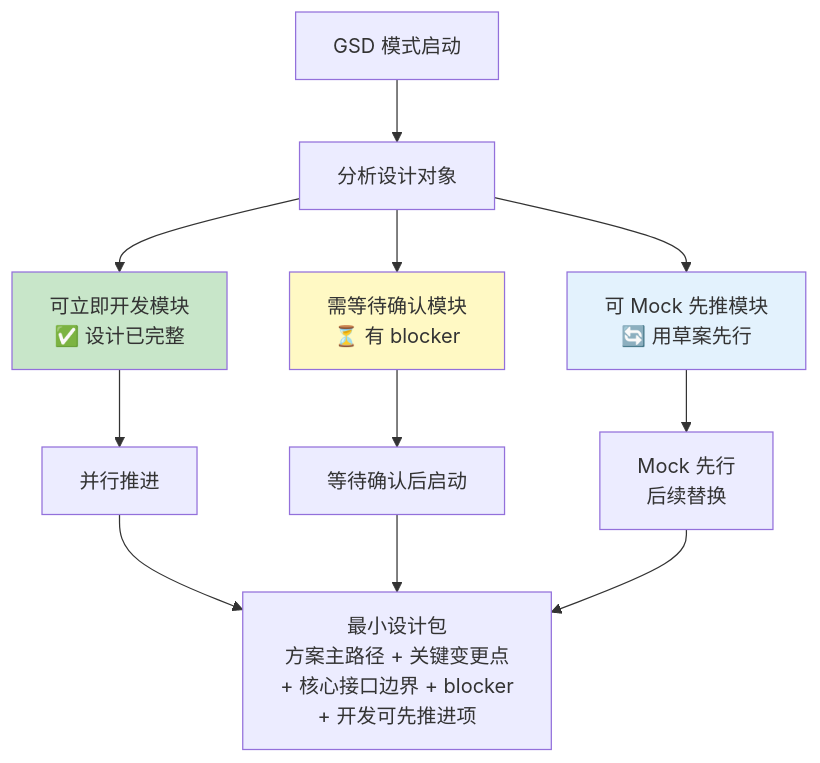
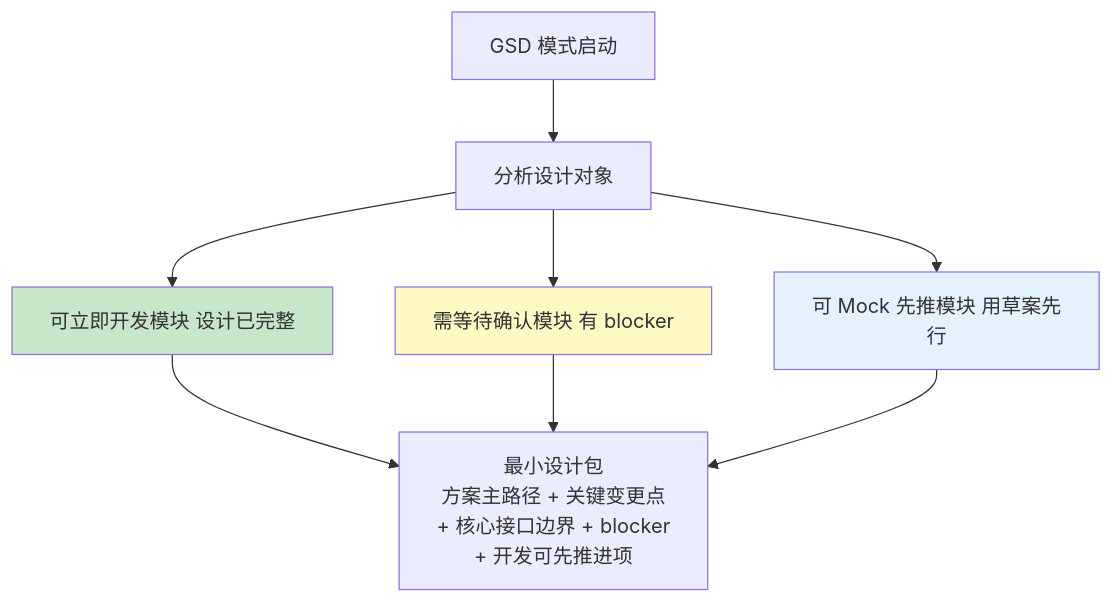
Before and after one commit to mes-openai/mes-ai-dev: the fifth of 5 diagrams in mes-ai-dev/workspace/training/03-phase-design-flowchart.md, drawn with Mermaid. The commit also changed other lines of this file and 12 other files, not shown here.

Commit message:
重新生成阶段流程图

````diff
--- a/mes-ai-dev/workspace/training/03-phase-design-flowchart.md
+++ b/mes-ai-dev/workspace/training/03-phase-design-flowchart.md
@@ -268,20 +263,16 @@
 ```mermaid
 flowchart TB
-    GSD_ENTER[GSD 模式启动] --> ANALYZE_MODULES[分析设计对象]
+    GSD_ENTER["GSD 模式启动"] --> ANALYZE_MODULES["分析设计对象"]
 
-    ANALYZE_MODULES --> M1[可立即开发模块<br/>✅ 设计已完整]
-    ANALYZE_MODULES --> M2[需等待确认模块<br/>⏳ 有 blocker]
-    ANALYZE_MODULES --> M3[可 Mock 先推模块<br/>🔄 用草案先行]
+    ANALYZE_MODULES --> M1["可立即开发模块 设计已完整"]
+    ANALYZE_MODULES --> M2["需等待确认模块 有 blocker"]
+    ANALYZE_MODULES --> M3["可 Mock 先推模块 用草案先行"]
 
-    M1 --> PARALLEL[并行推进]
-    M2 --> WAIT[等待确认后启动]
-    M3 --> MOCK[Mock 先行<br/>后续替换]
-
-    PARALLEL --> MIN_DESIGN[最小设计包<br/>方案主路径 + 关键变更点<br/>+ 核心接口边界 + blocker<br/>+ 开发可先推进项]
-    WAIT --> MIN_DESIGN
-    MOCK --> MIN_DESIGN
+    M1 --> MIN_DESIGN["最小设计包<br>方案主路径 + 关键变更点<br>+ 核心接口边界 + blocker<br>+ 开发可先推进项"]
+    M2 --> MIN_DESIGN
+    M3 --> MIN_DESIGN
 
     style M1 fill:#C8E6C9
     style M2 fill:#FFF9C4
     style M3 fill:#E3F2FD
 ```
````
